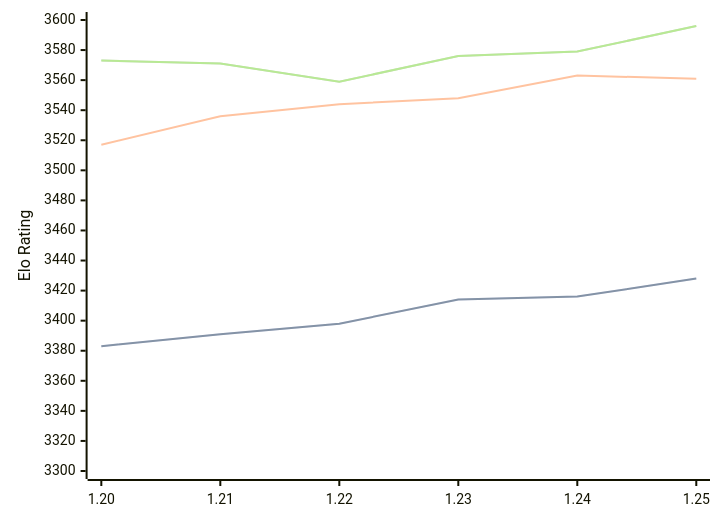
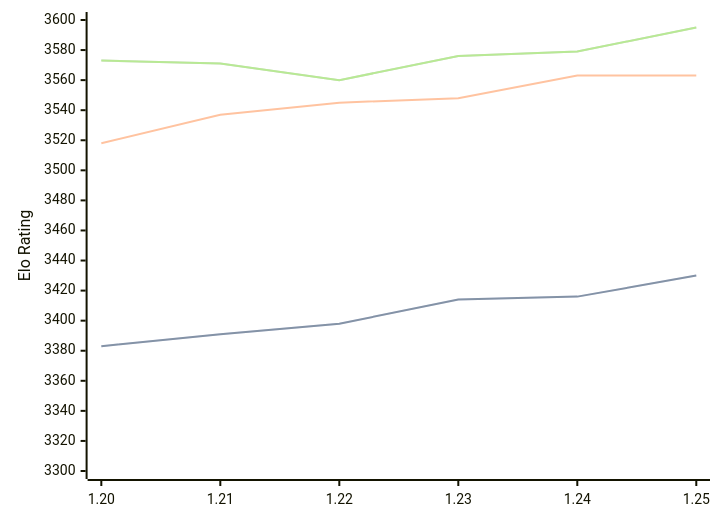
Before and after one commit to computer-chess-index/cci: the diagram in engines/Caissa.md, drawn with Mermaid. The commit also changed other lines of this file, not shown here.

Commit message:
Update CCI Ratings (ELO VLTC) - 2026-04-12

````diff
--- a/engines/Caissa.md
+++ b/engines/Caissa.md
@@ -65,11 +65,11 @@
 ```mermaid
 %%{init: {"theme":"base","themeVariables":{"seriesColors:['#a3a3a3','#222221','#faa371']}}}%%
 xychart-beta
   x-axis ["1.20", "1.21", "1.22", "1.23", "1.24", "1.25"]
   y-axis "Elo Rating" 3300 --> 3600
-  line "STC (8.0+0.08s)" [3383, 3391, 3398, 3414, 3416, 3428]
-  line "STC (8.0+0.08s)" [3383, 3391, 3398, 3414, 3416, 3428]
-  line "LTC (60.0+0.60s)" [3517, 3536, 3544, 3548, 3563, 3561]
-  line "VLTC (2m24s+1.12s)" [3573, 3571, 3559, 3576, 3579, 3596]
-  line "VLTC (2m24s+1.12s)" [3573, 3571, 3559, 3576, 3579, 3596]
+  line "STC (8.0+0.08s)" [3383, 3391, 3398, 3414, 3416, 3430]
+  line "STC (8.0+0.08s)" [3383, 3391, 3398, 3414, 3416, 3430]
+  line "LTC (60.0+0.60s)" [3518, 3537, 3545, 3548, 3563, 3563]
+  line "VLTC (2m24s+1.12s)" [3573, 3571, 3560, 3576, 3579, 3595]
+  line "VLTC (2m24s+1.12s)" [3573, 3571, 3560, 3576, 3579, 3595]
 ```
````
